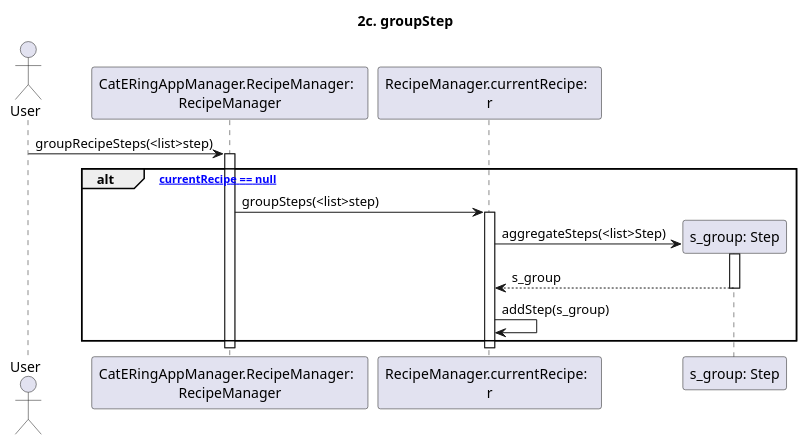
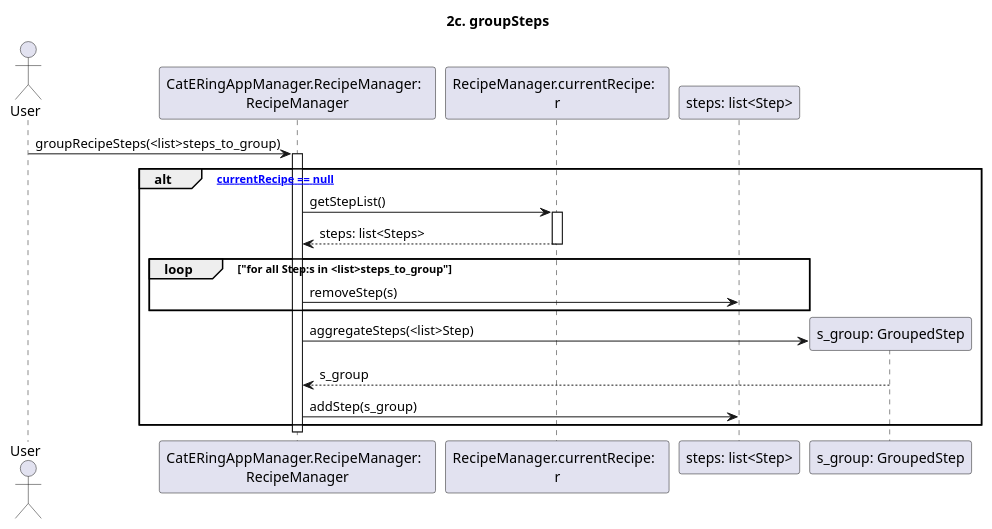
The diagram in dsd/dsd-ricette/estensioni/2c-groupSteps.md (m0canu1/sas), drawn with PlantUML before and after one commit. The commit also changed 8 other files, not shown here.

````diff
--- a/dsd/dsd-ricette/estensioni/2c-groupSteps.md
+++ b/dsd/dsd-ricette/estensioni/2c-groupSteps.md
@@ -1,27 +1,31 @@
 ```plantuml
 
-title: 2c. groupStep
+title: 2c. groupSteps
 
 Actor User
 Participant "CatERingAppManager.RecipeManager:  \nRecipeManager" as RM
 Participant "RecipeManager.currentRecipe:  \nr" as CR
+Participant "steps: list<Step>" as CS
 
-User -> RM: groupRecipeSteps(<list>step)
+User -> RM: groupRecipeSteps(<list>steps_to_group)
 activate RM
 alt ["currentRecipe == null"]
-RM -> CR: groupSteps(<list>step)
-activate CR
+    RM -> CR: getStepList()
+    activate CR
+        CR --> RM: steps: list<Steps>
+    deactivate CR
+    
+    loop "for all Step:s in <list>steps_to_group"
+        RM -> CS: removeStep(s)
+    end
+    create "s_group: GroupedStep"
 
-    create "s_group: Step"
-
-    CR -> "s_group: Step": aggregateSteps(<list>Step) 
-    Activate "s_group: Step"
-
-    "s_group: Step" --> CR: s_group
-    Deactivate "s_group: Step"
-    CR -> CR: addStep(s_group)
+    RM -> "s_group: GroupedStep": aggregateSteps(<list>Step) 
+    "s_group: GroupedStep" --> RM: s_group
+    
+    RM -> CS: addStep(s_group)
 end
 deactivate CR
 deactivate RM
 
 ```
````
